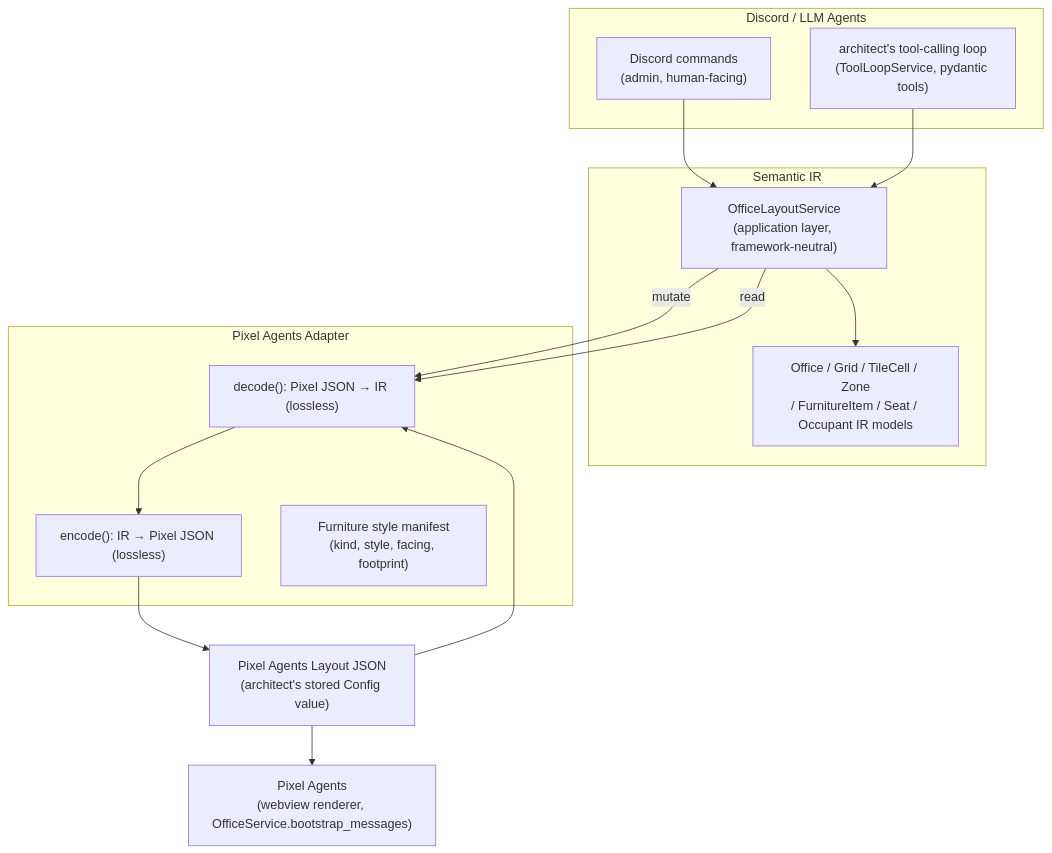
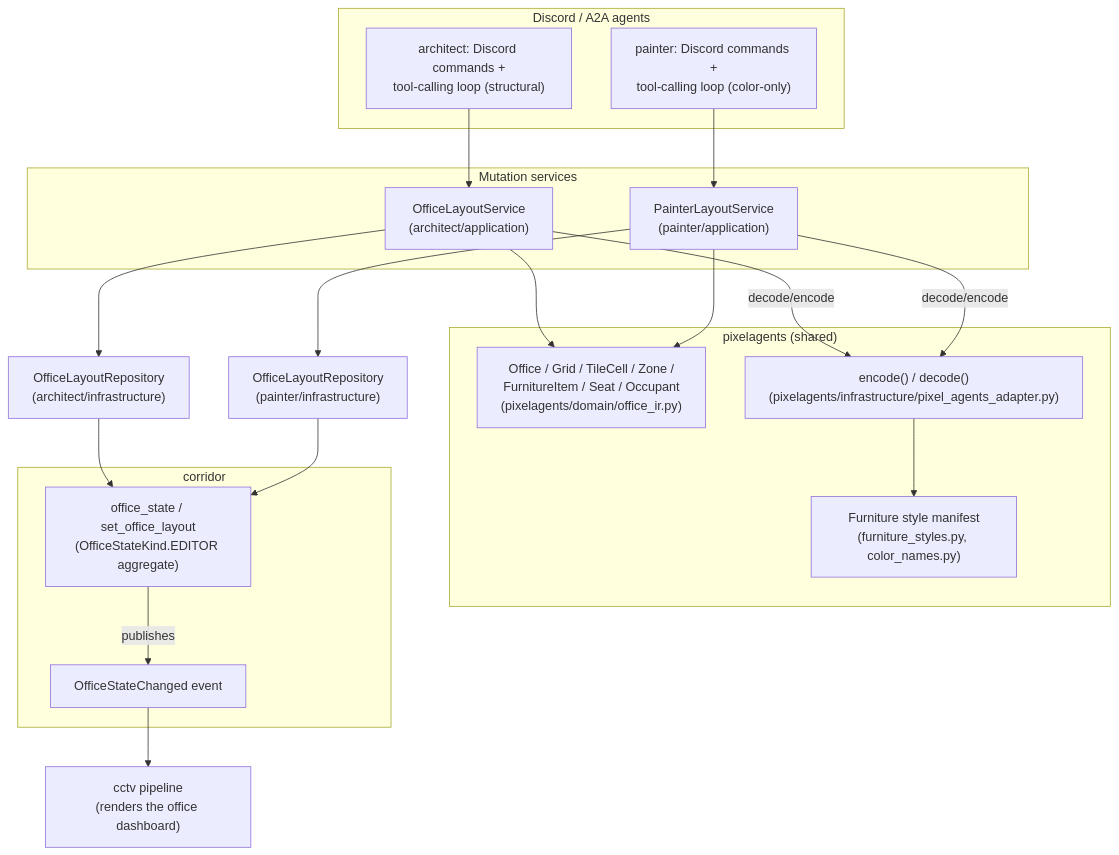
One commit to pixel-agents-hq/pixel-agents-cogs changed the first of 4 diagrams in docs/architect-semantic-ir-design.md. Above: the diagram before and after it, drawn with Mermaid. The commit also changed other lines of this file and 39 other files, not shown here.

````diff
--- a/docs/architect-semantic-ir-design.md
+++ b/docs/architect-semantic-ir-design.md
@@ -139,31 +103,42 @@
 ```mermaid
 flowchart TB
-    subgraph df["Discord / LLM Agents"]
-        D["Discord commands<br/>(admin, human-facing)"]
-        L["architect's tool-calling loop<br/>(ToolLoopService, pydantic tools)"]
+    subgraph agents["Discord / A2A agents"]
+        AD["architect: Discord commands +\ntool-calling loop (structural)"]
+        PD["painter: Discord commands +\ntool-calling loop (color-only)"]
     end
 
-    subgraph ir["Semantic IR"]
-        SVC["OfficeLayoutService<br/>(application layer, framework-neutral)"]
-        MOD["Office / Grid / TileCell / Zone<br/>/ FurnitureItem / Seat / Occupant IR models"]
+    subgraph svc["Mutation services"]
+        AS["OfficeLayoutService\n(architect/application)"]
+        PS["PainterLayoutService\n(painter/application)"]
     end
 
-    subgraph ad["Pixel Agents Adapter"]
-        ENC["encode(): IR → Pixel JSON (lossless)"]
-        DEC["decode(): Pixel JSON → IR (lossless)"]
-        CAT["Furniture style manifest<br/>(kind, style, facing, footprint)"]
+    subgraph pa["pixelagents (shared)"]
+        IR["Office / Grid / TileCell / Zone /\nFurnitureItem / Seat / Occupant\n(pixelagents/domain/office_ir.py)"]
+        CODEC["encode() / decode()\n(pixelagents/infrastructure/pixel_agents_adapter.py)"]
+        MAN["Furniture style manifest\n(furniture_styles.py, color_names.py)"]
     end
 
-    PJ["Pixel Agents Layout JSON<br/>(architect's stored Config value)"]
-    PA["Pixel Agents<br/>(webview renderer, OfficeService.bootstrap_messages)"]
+    REPO_A["OfficeLayoutRepository\n(architect/infrastructure)"]
+    REPO_P["OfficeLayoutRepository\n(painter/infrastructure)"]
 
-    D --> SVC
-    L --> SVC
-    SVC --> MOD
-    SVC -->|"mutate"| DEC
-    SVC -->|"read"| DEC
-    DEC --> ENC
-    ENC --> PJ
-    PJ --> DEC
-    PJ --> PA
+    subgraph corridor["corridor"]
+        OS["office_state / set_office_layout\n(OfficeStateKind.EDITOR aggregate)"]
+        EVT["OfficeStateChanged event"]
+    end
+
+    CCTV["cctv pipeline\n(renders the office dashboard)"]
+
+    AD --> AS
+    PD --> PS
+    AS --> IR
+    PS --> IR
+    AS -- "decode/encode" --> CODEC
+    PS -- "decode/encode" --> CODEC
+    CODEC --> MAN
+    AS --> REPO_A
+    PS --> REPO_P
+    REPO_A --> OS
+    REPO_P --> OS
+    OS -- publishes --> EVT
+    EVT --> CCTV
 ```
````
